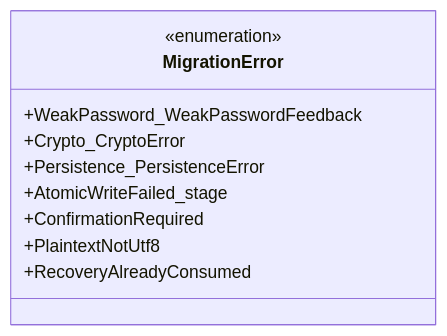
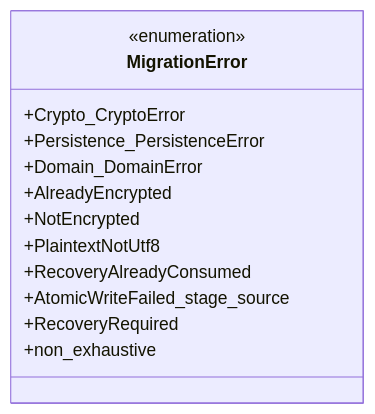
Before and after one commit to shikomi-dev/shikomi: the diagram in docs/features/vault-encryption/detailed-design/repository-and-migration.md, drawn with Mermaid. The commit also changed other lines of this file and 4 other files, not shown here.

````diff
--- a/docs/features/vault-encryption/detailed-design/repository-and-migration.md
+++ b/docs/features/vault-encryption/detailed-design/repository-and-migration.md
@@ -333,13 +347,16 @@
 ```mermaid
 classDiagram
     class MigrationError {
         <<enumeration>>
-        +WeakPassword_WeakPasswordFeedback
         +Crypto_CryptoError
         +Persistence_PersistenceError
-        +AtomicWriteFailed_stage
-        +ConfirmationRequired
+        +Domain_DomainError
+        +AlreadyEncrypted
+        +NotEncrypted
         +PlaintextNotUtf8
         +RecoveryAlreadyConsumed
+        +AtomicWriteFailed_stage_source
+        +RecoveryRequired
+        +non_exhaustive
     }
 ```
````
